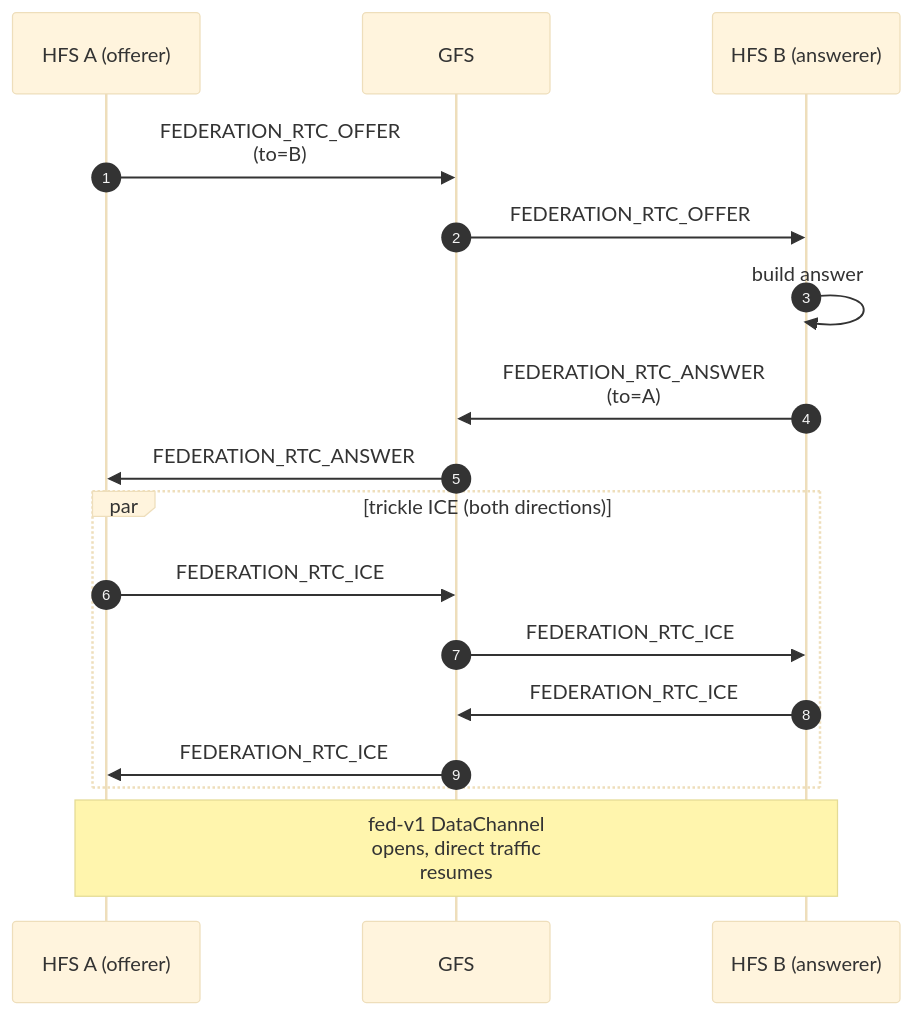
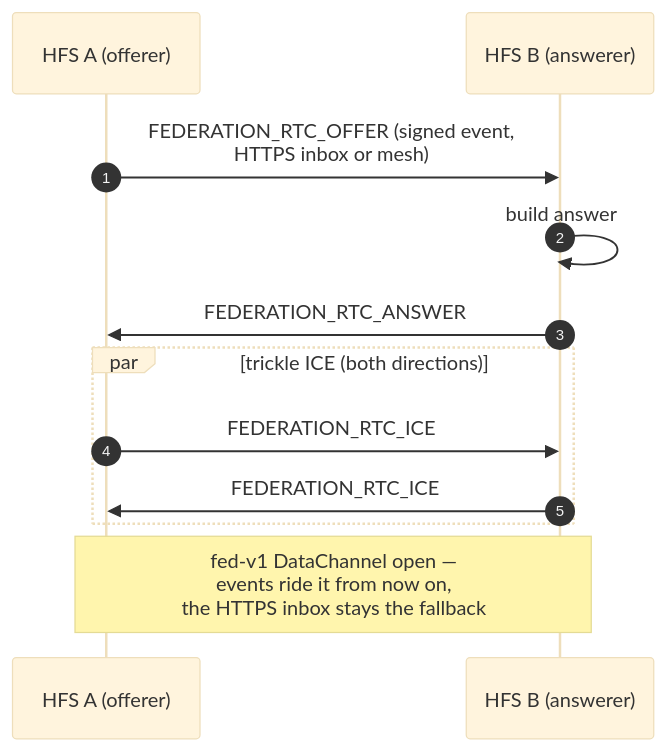
One commit to social-home-io/socialhome changed the second of 2 diagrams in docs/protocol/push-relay.md. Above: the diagram before and after it, drawn with Mermaid (base theme). The commit also changed other lines of this file and 7 other files, not shown here.

First line of the commit message:
Docs: the GFS sends no push and relays no household WebRTC signalling

````diff
--- a/docs/protocol/push-relay.md
+++ b/docs/protocol/push-relay.md
@@ -58,19 +60,14 @@
 ```mermaid
 sequenceDiagram
     autonumber
     participant A as HFS A (offerer)
-    participant G as GFS
     participant B as HFS B (answerer)
-    A->>G: FEDERATION_RTC_OFFER<br/>(to=B)
-    G->>B: FEDERATION_RTC_OFFER
+    A->>B: FEDERATION_RTC_OFFER (signed event,<br/>HTTPS inbox or mesh)
     B->>B: build answer
-    B->>G: FEDERATION_RTC_ANSWER<br/>(to=A)
-    G->>A: FEDERATION_RTC_ANSWER
+    B->>A: FEDERATION_RTC_ANSWER
     par trickle ICE (both directions)
-        A->>G: FEDERATION_RTC_ICE
-        G->>B: FEDERATION_RTC_ICE
-        B->>G: FEDERATION_RTC_ICE
-        G->>A: FEDERATION_RTC_ICE
+        A->>B: FEDERATION_RTC_ICE
+        B->>A: FEDERATION_RTC_ICE
     end
-    Note over A,B: fed-v1 DataChannel<br/>opens, direct traffic<br/>resumes
+    Note over A,B: fed-v1 DataChannel open —<br/>events ride it from now on,<br/>the HTTPS inbox stays the fallback
 ```
````
